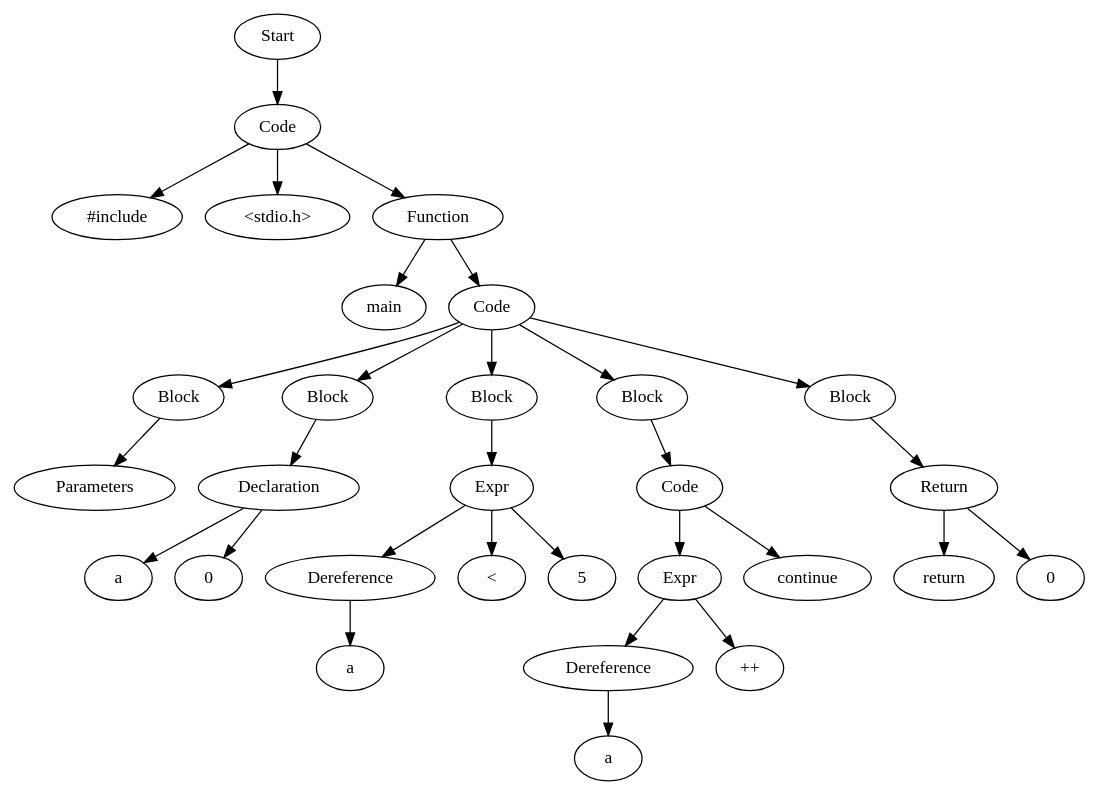
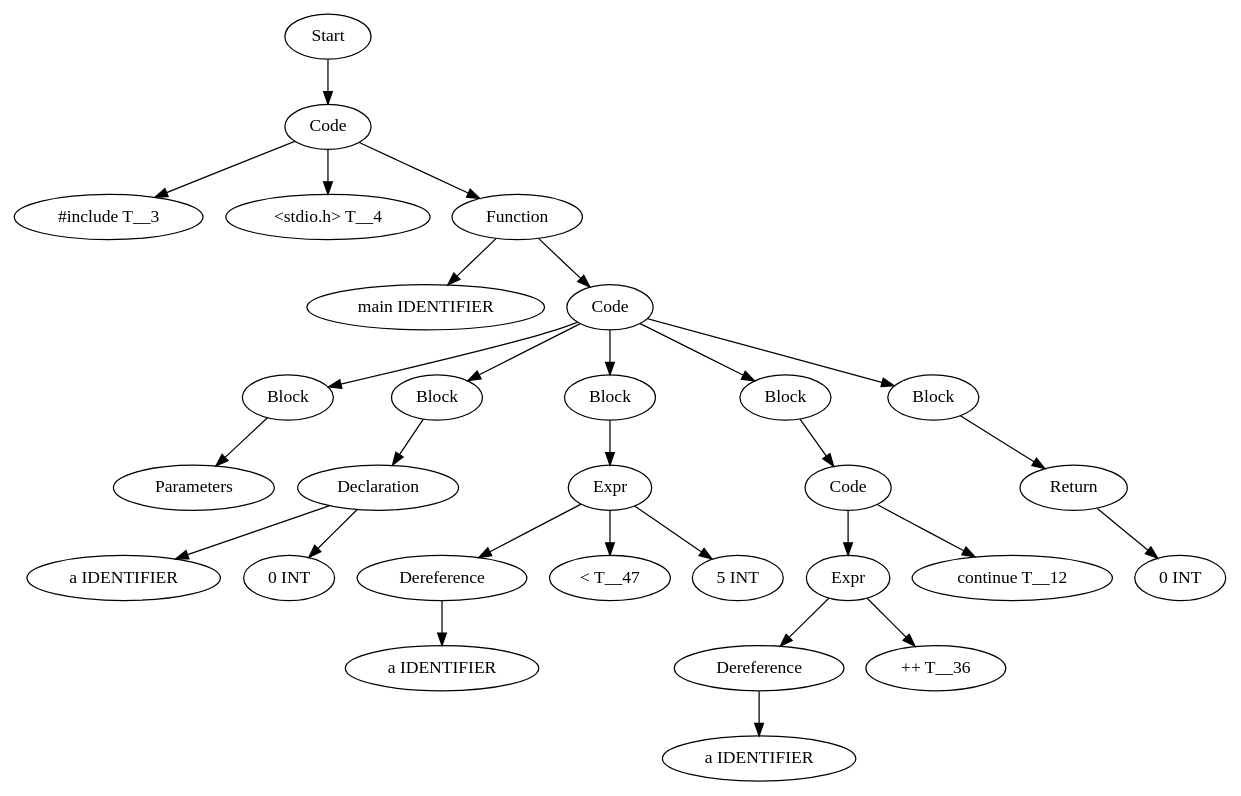
Before and after one commit to Are-you-listening/Compilers: the diagram in TestCases/ASTTests/DeadCodeRemoveTests/createTests/read_file_after.dot, drawn with Graphviz. The commit also changed 208 other files, not shown here.

```diff
--- a/TestCases/ASTTests/DeadCodeRemoveTests/createTests/read_file_after.dot
+++ b/TestCases/ASTTests/DeadCodeRemoveTests/createTests/read_file_after.dot
@@ -1,61 +1,59 @@
 digraph AST {
-  "131474353639136" [label="Start"];
-  "131474353639136" -> "131474353640480";
-  "131474353640480" [label="Code"];
-  "131474353640480" -> "131474353651568";
-  "131474353640480" -> "131474353651136";
-  "131474353640480" -> "131474353640624";
-  "131474353651568" [label="#include"];
-  "131474353651136" [label="<stdio.h>"];
-  "131474353640624" [label="Function"];
-  "131474353640624" -> "131474353647824";
-  "131474353640624" -> "131474353640864";
-  "131474353647824" [label="main"];
-  "131474353640864" [label="Code"];
-  "131474353640864" -> "131474353649600";
-  "131474353640864" -> "131474353651424";
-  "131474353640864" -> "131474353638848";
-  "131474353640864" -> "131474353965808";
-  "131474353640864" -> "131474353963072";
-  "131474353649600" [label="Block"];
-  "131474353649600" -> "131474353649504";
-  "131474353649504" [label="Parameters"];
-  "131474353651424" [label="Block"];
-  "131474353651424" -> "131474353650752";
-  "131474353650752" [label="Declaration"];
-  "131474353650752" -> "131474353636976";
-  "131474353650752" -> "131474353643600";
-  "131474353636976" [label="a"];
-  "131474353643600" [label="0"];
-  "131474353638848" [label="Block"];
-  "131474353638848" -> "131474353640384";
-  "131474353640384" [label="Expr"];
-  "131474353640384" -> "131474353640960";
-  "131474353640384" -> "131474353650560";
-  "131474353640384" -> "131474353965760";
-  "131474353640960" [label="Dereference"];
-  "131474353640960" -> "131474353635872";
-  "131474353635872" [label="a"];
-  "131474353650560" [label="<"];
-  "131474353965760" [label="5"];
-  "131474353965808" [label="Block"];
-  "131474353965808" -> "131474353964704";
-  "131474353964704" [label="Code"];
-  "131474353964704" -> "131474353964608";
-  "131474353964704" -> "131474353963648";
-  "131474353964608" [label="Expr"];
-  "131474353964608" -> "131474353963696";
-  "131474353964608" -> "131474353963552";
-  "131474353963696" [label="Dereference"];
-  "131474353963696" -> "131474353963600";
-  "131474353963600" [label="a"];
-  "131474353963552" [label="++"];
-  "131474353963648" [label="continue"];
-  "131474353963072" [label="Block"];
-  "131474353963072" -> "131474353964896";
-  "131474353964896" [label="Return"];
-  "131474353964896" -> "131474353964800";
-  "131474353964896" -> "131474353964848";
-  "131474353964800" [label="return"];
-  "131474353964848" [label="0"];
+  "139817862374560" [label="Start"];
+  "139817862374560" -> "139817862634832";
+  "139817862634832" [label="Code"];
+  "139817862634832" -> "139817862632672";
+  "139817862634832" -> "139817862633584";
+  "139817862634832" -> "139817862633632";
+  "139817862632672" [label="#include T__3"];
+  "139817862633584" [label="<stdio.h> T__4"];
+  "139817862633632" [label="Function"];
+  "139817862633632" -> "139817862632000";
+  "139817862633632" -> "139817862632576";
+  "139817862632000" [label="main IDENTIFIER"];
+  "139817862632576" [label="Code"];
+  "139817862632576" -> "139817862631904";
+  "139817862632576" -> "139817862631472";
+  "139817862632576" -> "139817862630992";
+  "139817862632576" -> "139817862633968";
+  "139817862632576" -> "139817862629360";
+  "139817862631904" [label="Block"];
+  "139817862631904" -> "139817862631520";
+  "139817862631520" [label="Parameters"];
+  "139817862631472" [label="Block"];
+  "139817862631472" -> "139817862631184";
+  "139817862631184" [label="Declaration"];
+  "139817862631184" -> "139817862631040";
+  "139817862631184" -> "139817862631088";
+  "139817862631040" [label="a IDENTIFIER"];
+  "139817862631088" [label="0 INT"];
+  "139817862630992" [label="Block"];
+  "139817862630992" -> "139817862630848";
+  "139817862630848" [label="Expr"];
+  "139817862630848" -> "139817862632144";
+  "139817862630848" -> "139817862633920";
+  "139817862630848" -> "139817862631856";
+  "139817862632144" [label="Dereference"];
+  "139817862632144" -> "139817862631808";
+  "139817862631808" [label="a IDENTIFIER"];
+  "139817862633920" [label="< T__47"];
+  "139817862631856" [label="5 INT"];
+  "139817862633968" [label="Block"];
+  "139817862633968" -> "139817862633824";
+  "139817862633824" [label="Code"];
+  "139817862633824" -> "139817862629984";
+  "139817862633824" -> "139817862629264";
+  "139817862629984" [label="Expr"];
+  "139817862629984" -> "139817862629840";
+  "139817862629984" -> "139817862629888";
+  "139817862629840" [label="Dereference"];
+  "139817862629840" -> "139817862629312";
+  "139817862629312" [label="a IDENTIFIER"];
+  "139817862629888" [label="++ T__36"];
+  "139817862629264" [label="continue T__12"];
+  "139817862629360" [label="Block"];
+  "139817862629360" -> "139817862629216";
+  "139817862629216" [label="Return"];
+  "139817862629216" -> "139817862634880";
+  "139817862634880" [label="0 INT"];
 }
```
